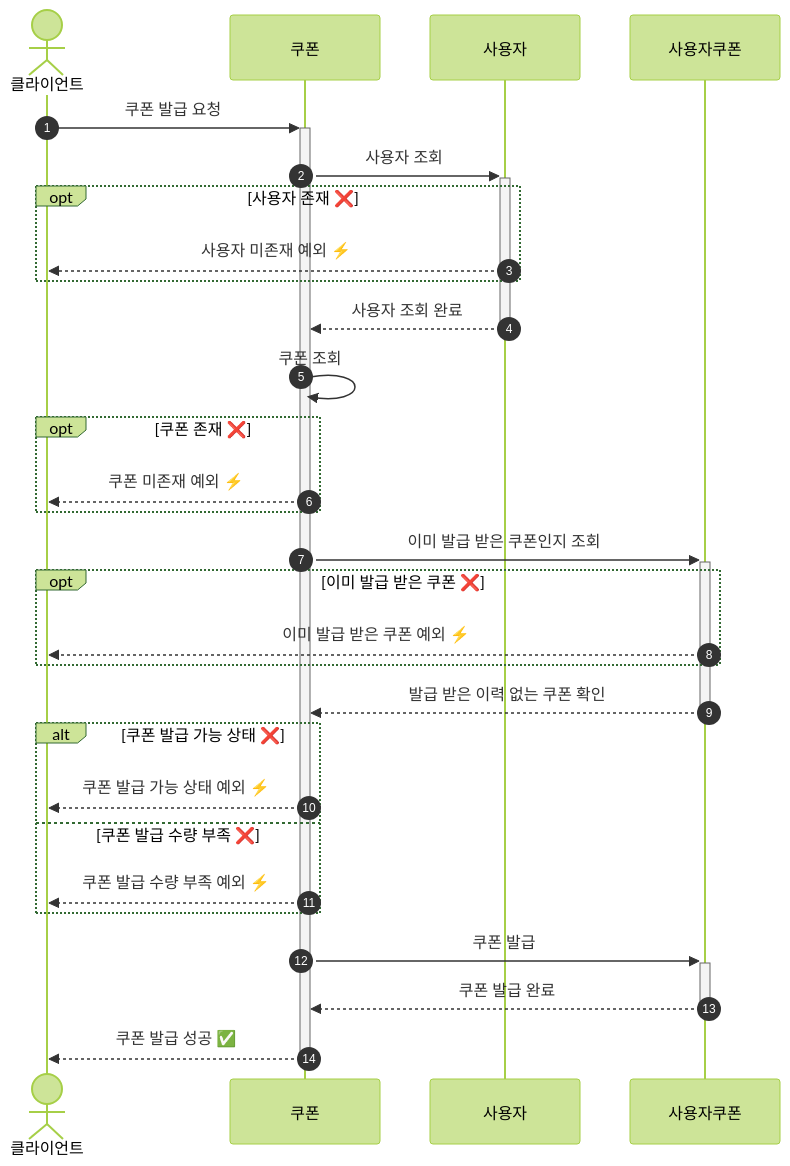
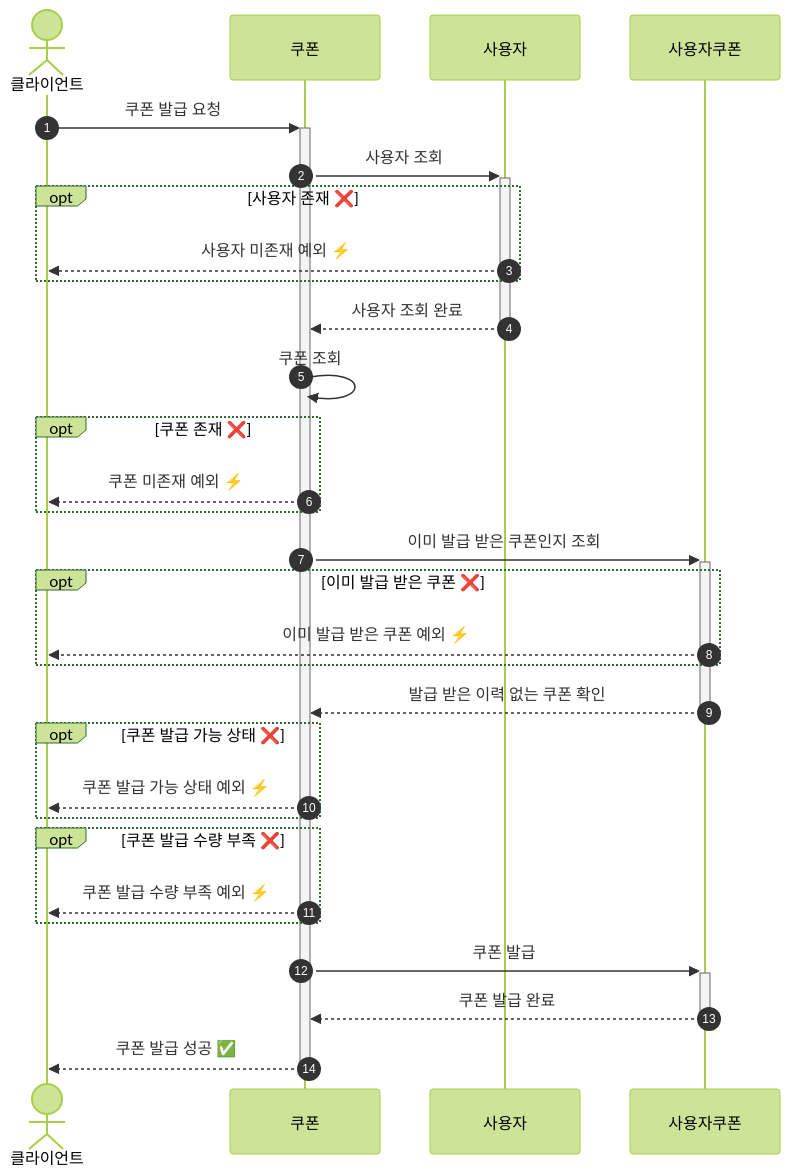
One commit to discphy/hhplus-e-commerce changed the fifth of 7 diagrams in docs/architecture/03-1.SequenceDiagram.md. Above: the diagram before and after it, drawn with Mermaid (forest theme). The commit also changed other lines of this file, not shown here.

Commit message:
[DOCS] 시퀀스 다이어그램 문서 다듬기

````diff
--- a/docs/architecture/03-1.SequenceDiagram.md
+++ b/docs/architecture/03-1.SequenceDiagram.md
@@ -163,39 +163,40 @@
 ```mermaid
 sequenceDiagram
     autonumber
     actor 클라이언트
     participant 쿠폰
     participant 사용자
     participant 사용자쿠폰
     클라이언트 ->>+ 쿠폰: 쿠폰 발급 요청
     쿠폰 ->>+ 사용자: 사용자 조회
 
     opt 사용자 존재 ❌
         사용자 -->> 클라이언트: 사용자 미존재 예외 ⚡️
     end
 
     사용자 -->>- 쿠폰: 사용자 조회 완료
     쿠폰 ->> 쿠폰: 쿠폰 조회
 
     opt 쿠폰 존재 ❌
         쿠폰 -->> 클라이언트: 쿠폰 미존재 예외 ⚡️
     end
 
     쿠폰 ->>+ 사용자쿠폰: 이미 발급 받은 쿠폰인지 조회
 
     opt 이미 발급 받은 쿠폰 ❌
         사용자쿠폰 -->> 클라이언트: 이미 발급 받은 쿠폰 예외 ⚡️
     end
 
     사용자쿠폰 -->>- 쿠폰: 발급 받은 이력 없는 쿠폰 확인
 
-    alt 쿠폰 발급 가능 상태 ❌
+    opt 쿠폰 발급 가능 상태 ❌
         쿠폰 -->> 클라이언트: 쿠폰 발급 가능 상태 예외 ⚡️
-    else 쿠폰 발급 수량 부족 ❌
+    end    
+    opt 쿠폰 발급 수량 부족 ❌
         쿠폰 -->> 클라이언트: 쿠폰 발급 수량 부족 예외 ⚡️
     end
 
     쿠폰 ->>+ 사용자쿠폰: 쿠폰 발급
     사용자쿠폰 -->>- 쿠폰: 쿠폰 발급 완료
     쿠폰 -->>- 클라이언트: 쿠폰 발급 성공 ✅ 
 ```
````
